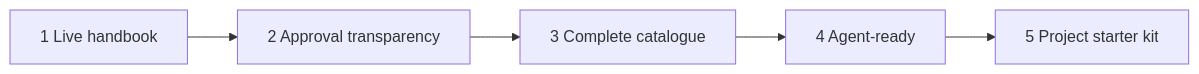
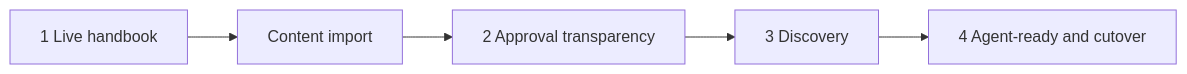
One commit to DeltaXY-AI/deltaxy-handbook changed the diagram in docs/roadmap.md. Above: the diagram before and after it, drawn with Mermaid. The commit also changed other lines of this file, not shown here.

Commit message:
Update roadmap after full content import

````diff
--- a/docs/roadmap.md
+++ b/docs/roadmap.md
@@ -27,7 +33,7 @@
 ```mermaid
 flowchart LR
-    P1[1 Live handbook] --> P2[2 Approval transparency]
-    P2 --> P3[3 Complete catalogue]
-    P3 --> P4[4 Agent-ready]
-    P4 --> P5[5 Project starter kit]
+    P1[1 Live handbook] --> CI[Content import]
+    CI --> P2[2 Approval transparency]
+    P2 --> P3[3 Discovery]
+    P3 --> P4[4 Agent-ready and cutover]
 ```
````
